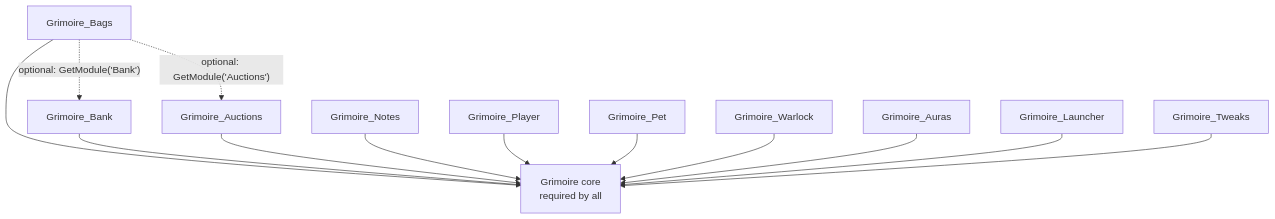
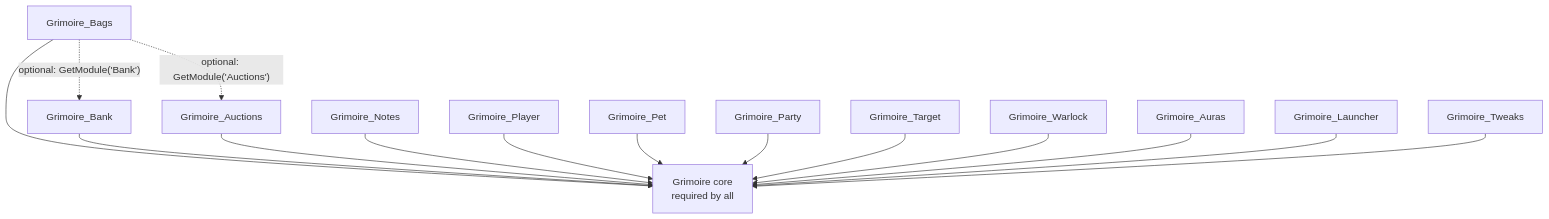
The diagram in docs/adr/0002-every-component-is-a-toggleable-addon.md (PhillypHenning/grimoire), drawn with Mermaid before and after one commit. The commit also changed 16 other files, not shown here.

First line of the commit message:
Milestone 4: party and target frames

````diff
--- a/docs/adr/0002-every-component-is-a-toggleable-addon.md
+++ b/docs/adr/0002-every-component-is-a-toggleable-addon.md
@@ -21,16 +21,18 @@
 ```mermaid
 flowchart TD
     Core[Grimoire core<br/>required by all]
     Bags[Grimoire_Bags] --> Core
     Bank[Grimoire_Bank] --> Core
     Auctions[Grimoire_Auctions] --> Core
     Notes[Grimoire_Notes] --> Core
     Player[Grimoire_Player] --> Core
     Pet[Grimoire_Pet] --> Core
+    Party[Grimoire_Party] --> Core
+    Target[Grimoire_Target] --> Core
     Warlock[Grimoire_Warlock] --> Core
     Auras[Grimoire_Auras] --> Core
     Launcher[Grimoire_Launcher] --> Core
     Tweaks[Grimoire_Tweaks] --> Core
     Bags -. "optional: GetModule('Bank')" .-> Bank
     Bags -. "optional: GetModule('Auctions')" .-> Auctions
 ```
````
